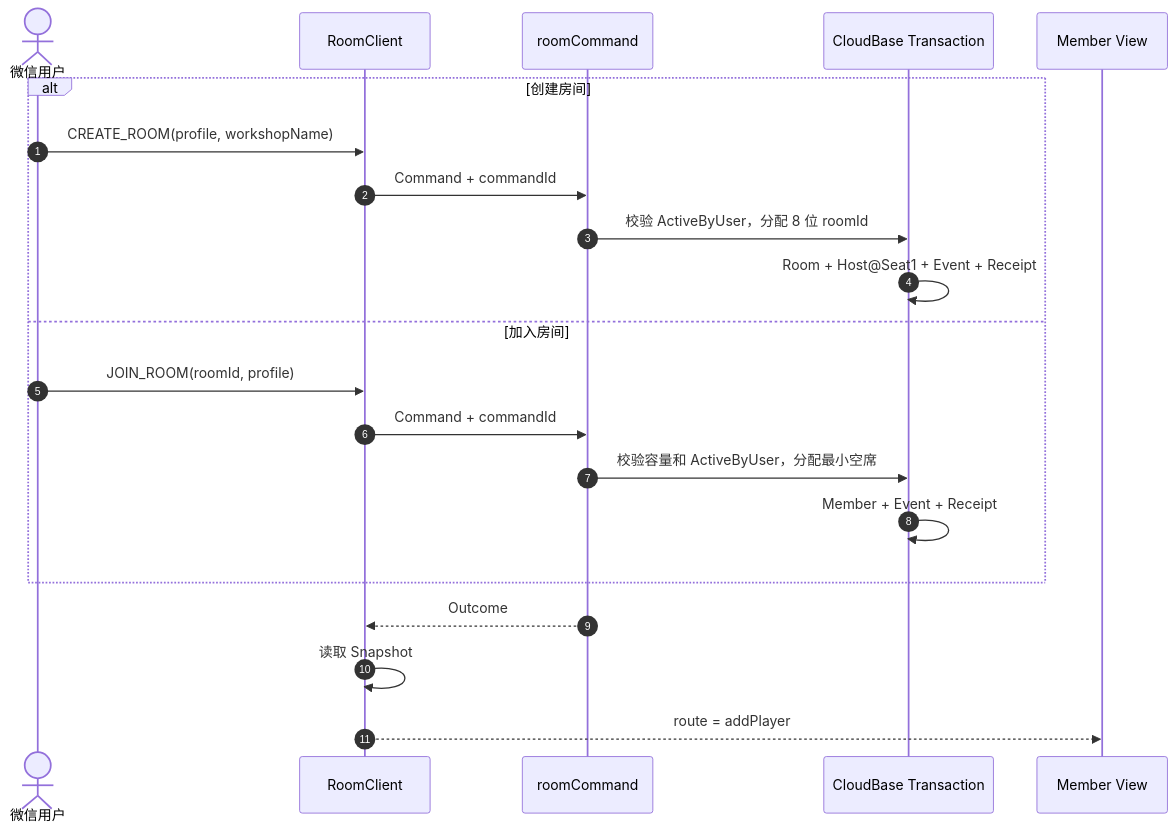
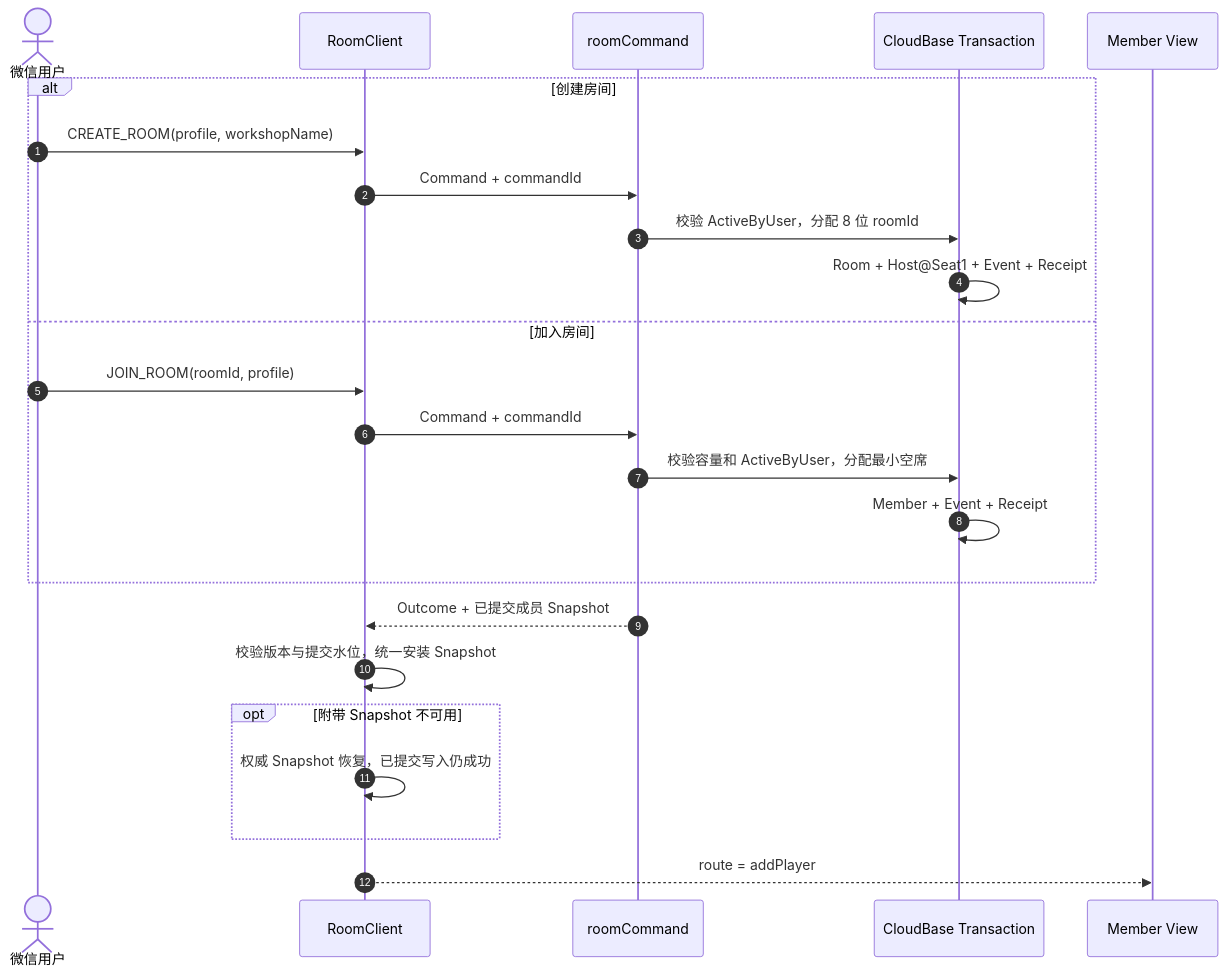
Before and after one commit to Bubble-419/cardboard-miniprogram: the sixth of 20 diagrams in docs/ROOM_BUSINESS_FLOWS.md, drawn with Mermaid. The commit also changed other lines of this file and 60 other files, not shown here.

````diff
--- a/docs/ROOM_BUSINESS_FLOWS.md
+++ b/docs/ROOM_BUSINESS_FLOWS.md
@@ -226,24 +236,27 @@
 ```mermaid
 sequenceDiagram
   autonumber
   actor U as 微信用户
   participant C as RoomClient
   participant F as roomCommand
   participant T as CloudBase Transaction
   participant V as Member View
 
   alt 创建房间
     U->>C: CREATE_ROOM(profile, workshopName)
     C->>F: Command + commandId
     F->>T: 校验 ActiveByUser，分配 8 位 roomId
     T->>T: Room + Host@Seat1 + Event + Receipt
   else 加入房间
     U->>C: JOIN_ROOM(roomId, profile)
     C->>F: Command + commandId
     F->>T: 校验容量和 ActiveByUser，分配最小空席
     T->>T: Member + Event + Receipt
   end
-  F-->>C: Outcome
-  C->>C: 读取 Snapshot
+  F-->>C: Outcome + 已提交成员 Snapshot
+  C->>C: 校验版本与提交水位，统一安装 Snapshot
+  opt 附带 Snapshot 不可用
+    C->>C: 权威 Snapshot 恢复，已提交写入仍成功
+  end
   C-->>V: route = addPlayer
 ```
````
